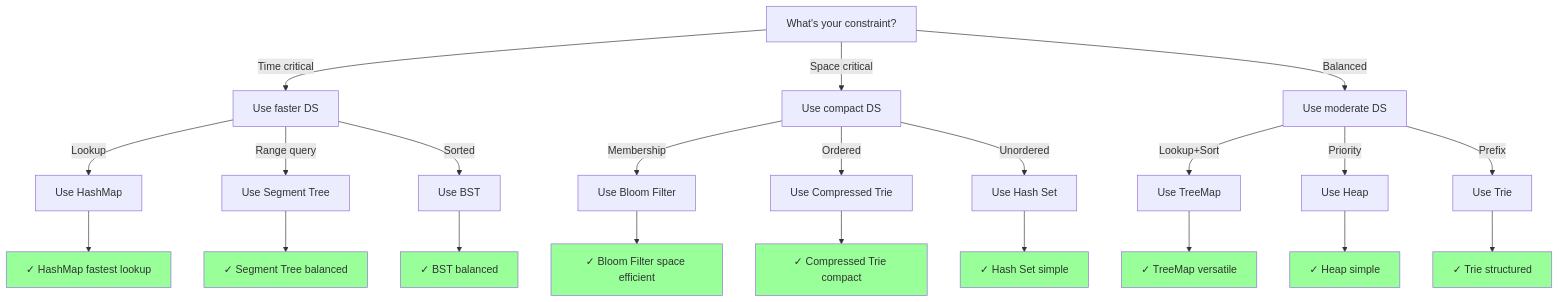
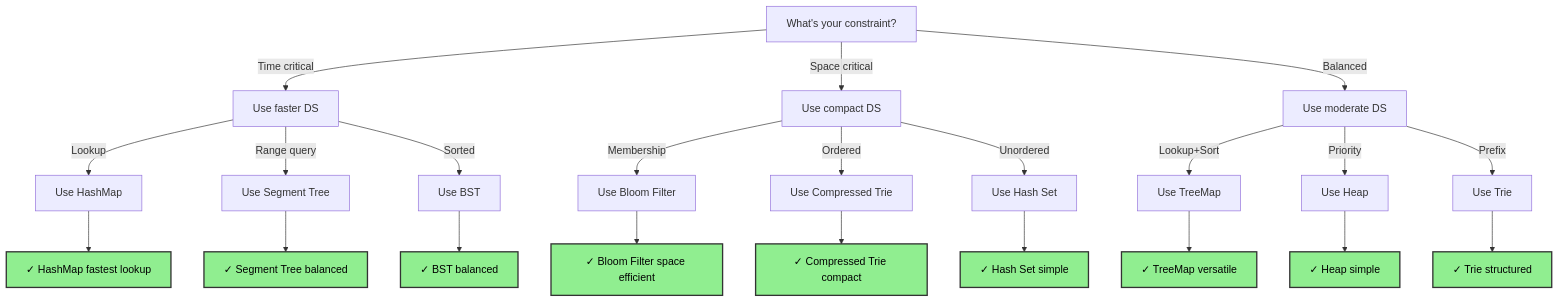
Before and after one commit to souradeepta/interviewprep: the fifth of 8 diagrams in docs/guides/ds_selection_guide.md, drawn with Mermaid. The commit also changed other lines of this file and 31 other files, not shown here.

Commit message:
updated graphs

````diff
--- a/docs/guides/ds_selection_guide.md
+++ b/docs/guides/ds_selection_guide.md
@@ -308,38 +308,38 @@
 ```mermaid
 graph TD
     A["What's your constraint?"] -->|Time critical| B["Use faster DS"]
     A -->|Space critical| C["Use compact DS"]
     A -->|Balanced| D["Use moderate DS"]
     
     B -->|Lookup| E["Use HashMap"]
     B -->|Range query| F["Use Segment Tree"]
     B -->|Sorted| G["Use BST"]
     
     C -->|Membership| H["Use Bloom Filter"]
     C -->|Ordered| I["Use Compressed Trie"]
     C -->|Unordered| J["Use Hash Set"]
     
     D -->|Lookup+Sort| K["Use TreeMap"]
     D -->|Priority| L["Use Heap"]
     D -->|Prefix| M["Use Trie"]
     
     E --> N["✓ HashMap fastest lookup"]
     F --> O["✓ Segment Tree balanced"]
     G --> P["✓ BST balanced"]
     H --> Q["✓ Bloom Filter space efficient"]
     I --> R["✓ Compressed Trie compact"]
     J --> S["✓ Hash Set simple"]
     K --> T["✓ TreeMap versatile"]
     L --> U["✓ Heap simple"]
     M --> V["✓ Trie structured"]
     
-    style N fill:#99ff99
-    style O fill:#99ff99
-    style P fill:#99ff99
-    style Q fill:#99ff99
-    style R fill:#99ff99
-    style S fill:#99ff99
-    style T fill:#99ff99
-    style U fill:#99ff99
-    style V fill:#99ff99
+    style N fill:#90ee90,color:#000,stroke:#333,stroke-width:2px
+    style O fill:#90ee90,color:#000,stroke:#333,stroke-width:2px
+    style P fill:#90ee90,color:#000,stroke:#333,stroke-width:2px
+    style Q fill:#90ee90,color:#000,stroke:#333,stroke-width:2px
+    style R fill:#90ee90,color:#000,stroke:#333,stroke-width:2px
+    style S fill:#90ee90,color:#000,stroke:#333,stroke-width:2px
+    style T fill:#90ee90,color:#000,stroke:#333,stroke-width:2px
+    style U fill:#90ee90,color:#000,stroke:#333,stroke-width:2px
+    style V fill:#90ee90,color:#000,stroke:#333,stroke-width:2px
 ```
````
